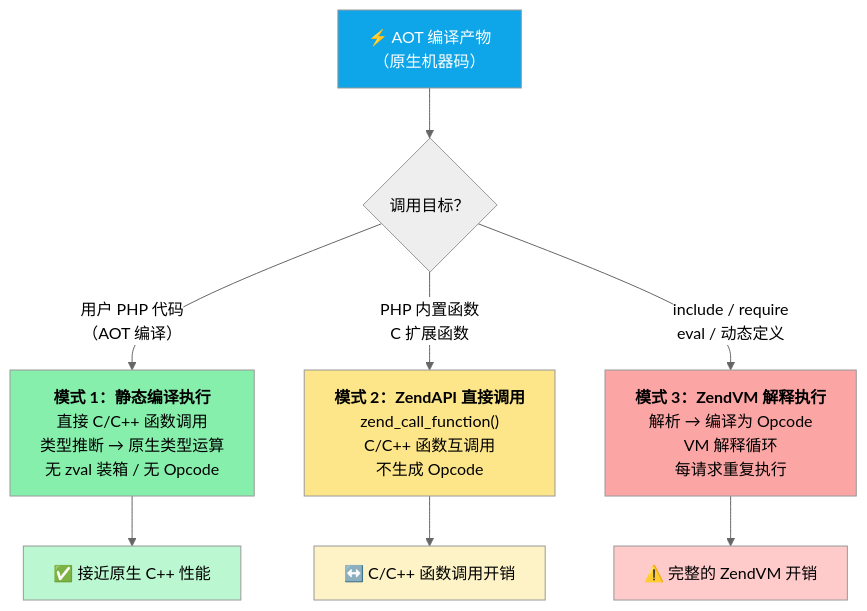
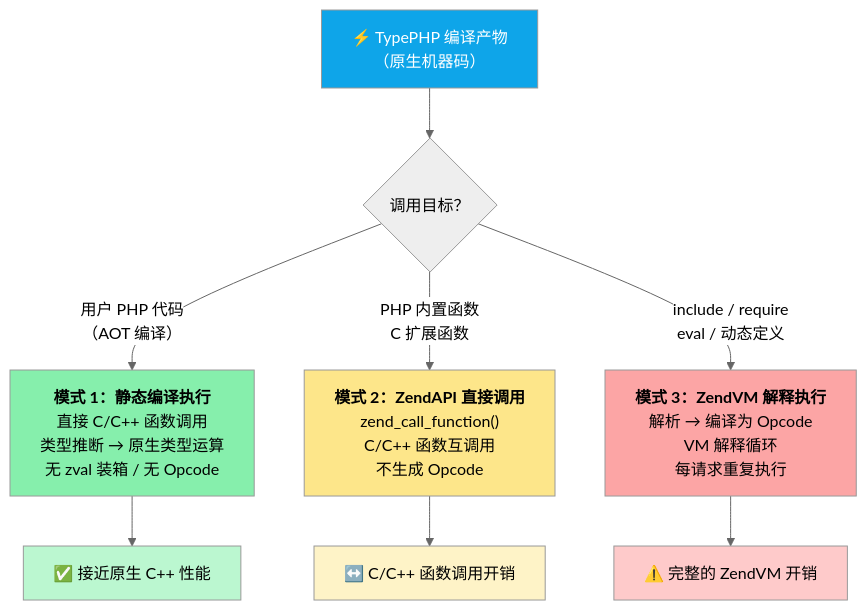
Before and after one commit to swoole/typephp-docs: the first of 11 diagrams in execution.md, drawn with Mermaid (neutral theme). The commit also changed other lines of this file and 23 other files, not shown here.

First line of the commit message:
docs: update documentation references from AOT to TypePHP

````diff
--- a/execution.md
+++ b/execution.md
@@ -9,22 +9,22 @@
 ```mermaid
 graph TD
-    A["⚡ AOT 编译产物<br/>（原生机器码）"] --> B{"调用目标？"}
+    A["⚡ TypePHP 编译产物<br/>（原生机器码）"] --> B{"调用目标？"}
     
     B -->|"用户 PHP 代码<br/>（AOT 编译）"| C["<b>模式 1：静态编译执行</b><br/>直接 C/C++ 函数调用<br/>类型推断 → 原生类型运算<br/>无 zval 装箱 / 无 Opcode"]
     
     B -->|"PHP 内置函数<br/>C 扩展函数"| D["<b>模式 2：ZendAPI 直接调用</b><br/>zend_call_function()<br/>C/C++ 函数互调用<br/>不生成 Opcode"]
     
     B -->|"include / require<br/>eval / 动态定义"| E["<b>模式 3：ZendVM 解释执行</b><br/>解析 → 编译为 Opcode<br/>VM 解释循环<br/>每请求重复执行"]
 
     C --> F["✅ 接近原生 C++ 性能"]
     D --> G["↔️ C/C++ 函数调用开销"]
     E --> H["⚠️ 完整的 ZendVM 开销"]
 
     style A fill:#0ea5e9,color:#fff
     style C fill:#86efac
     style D fill:#fde68a
     style E fill:#fca5a5
     style F fill:#bbf7d0
     style G fill:#fef3c7
     style H fill:#fecaca
 ```
````
